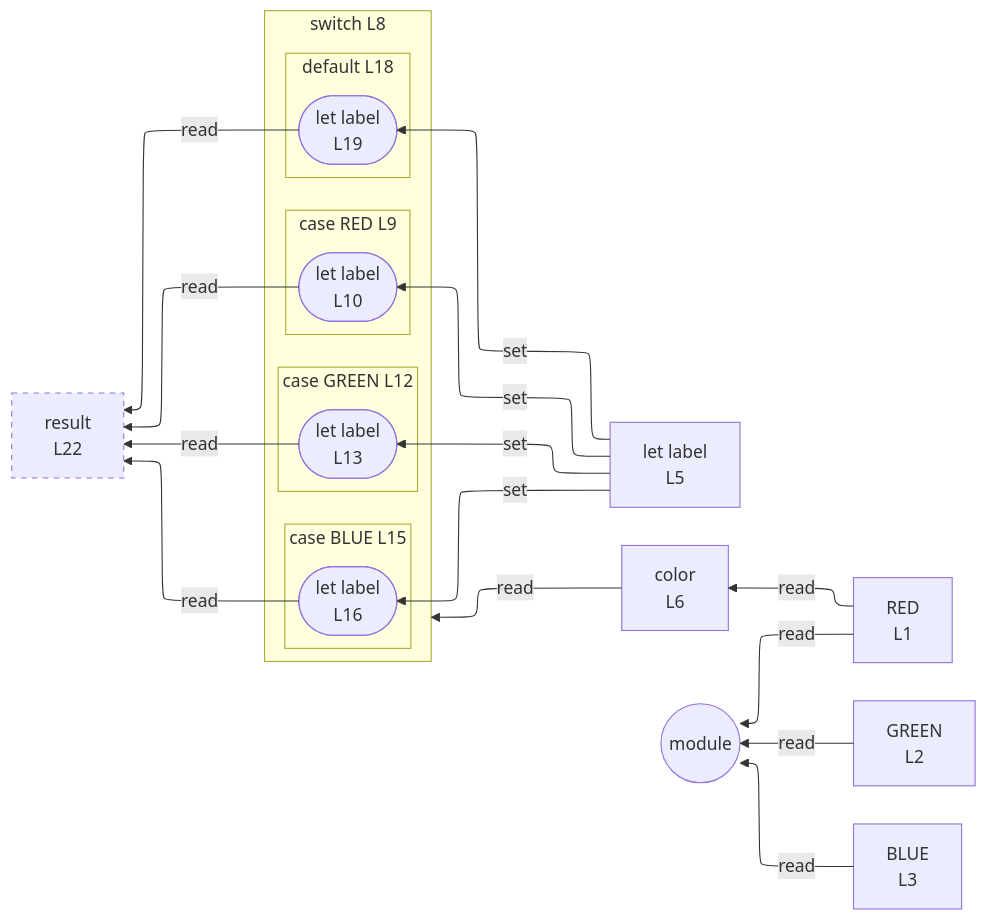
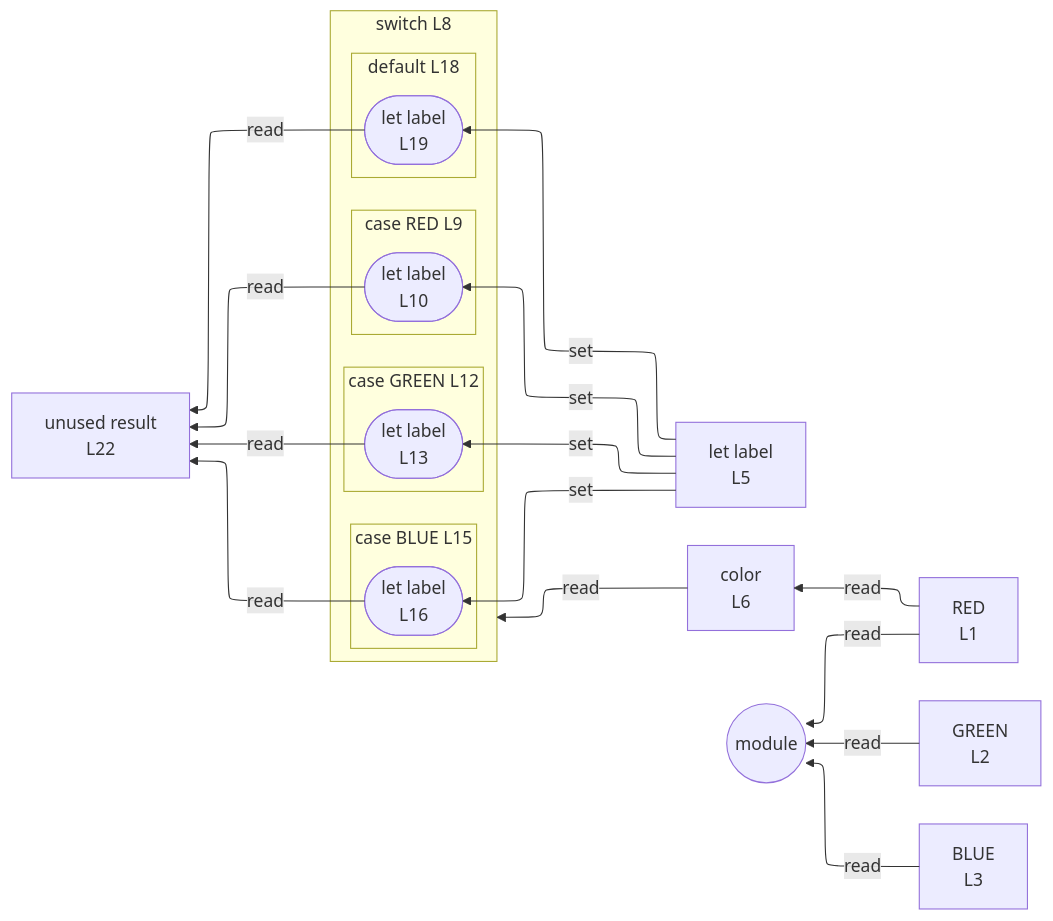
Before and after one commit to crescware/unsnarl: the diagram in integration/fixtures/control-switch-identifier/preview.md, drawn with Mermaid. The commit also changed 75 other files, not shown here.

````diff
--- a/integration/fixtures/control-switch-identifier/preview.md
+++ b/integration/fixtures/control-switch-identifier/preview.md
@@ -32,45 +32,43 @@
 ```mermaid
 %%{init: {"flowchart": {"defaultRenderer": "elk"}}}%%
 flowchart RL
   n_scope_0_RED_6["RED<br/>L1"]
   n_scope_0_GREEN_23["GREEN<br/>L2"]
   n_scope_0_BLUE_42["BLUE<br/>L3"]
   n_scope_0_label_59["let label<br/>L5"]
   n_scope_0_color_77["color<br/>L6"]
-  n_scope_0_result_283["result<br/>L22"]
+  n_scope_0_result_283["unused result<br/>L22"]
   subgraph s_scope_1["switch L8"]
     direction RL
     subgraph s_scope_2["case RED L9"]
       direction RL
       wr_ref_3(["let label<br/>L10"])
     end
     subgraph s_scope_3["case GREEN L12"]
       direction RL
       wr_ref_5(["let label<br/>L13"])
     end
     subgraph s_scope_4["case BLUE L15"]
       direction RL
       wr_ref_7(["let label<br/>L16"])
     end
     subgraph s_scope_5["default L18"]
       direction RL
       wr_ref_8(["let label<br/>L19"])
     end
   end
   n_scope_0_label_59 -->|set| wr_ref_3
   n_scope_0_label_59 -->|set| wr_ref_5
   n_scope_0_label_59 -->|set| wr_ref_7
   n_scope_0_label_59 -->|set| wr_ref_8
   n_scope_0_RED_6 -->|read| n_scope_0_color_77
   n_scope_0_color_77 -->|read| s_scope_1
   n_scope_0_RED_6 -->|read| module_root
   n_scope_0_GREEN_23 -->|read| module_root
   n_scope_0_BLUE_42 -->|read| module_root
   wr_ref_3 -->|read| n_scope_0_result_283
   wr_ref_5 -->|read| n_scope_0_result_283
   wr_ref_7 -->|read| n_scope_0_result_283
   wr_ref_8 -->|read| n_scope_0_result_283
   module_root((module))
-  classDef unused stroke-dasharray: 5 5;
-  class n_scope_0_result_283 unused;
 ```
````
